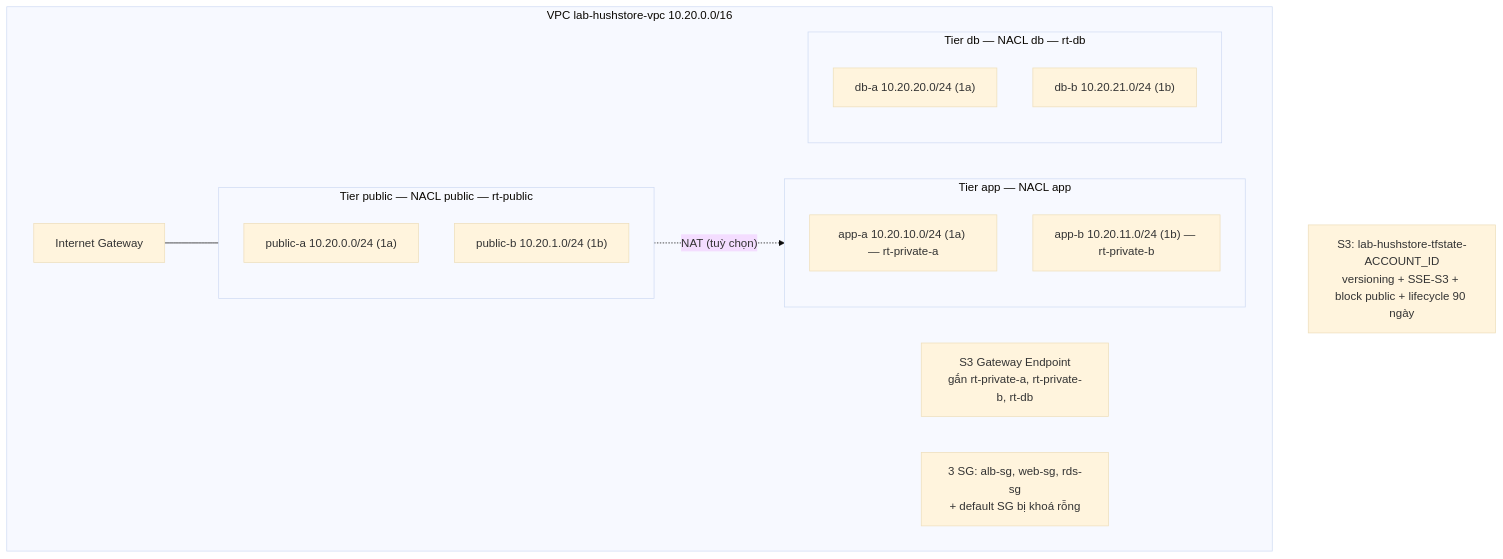
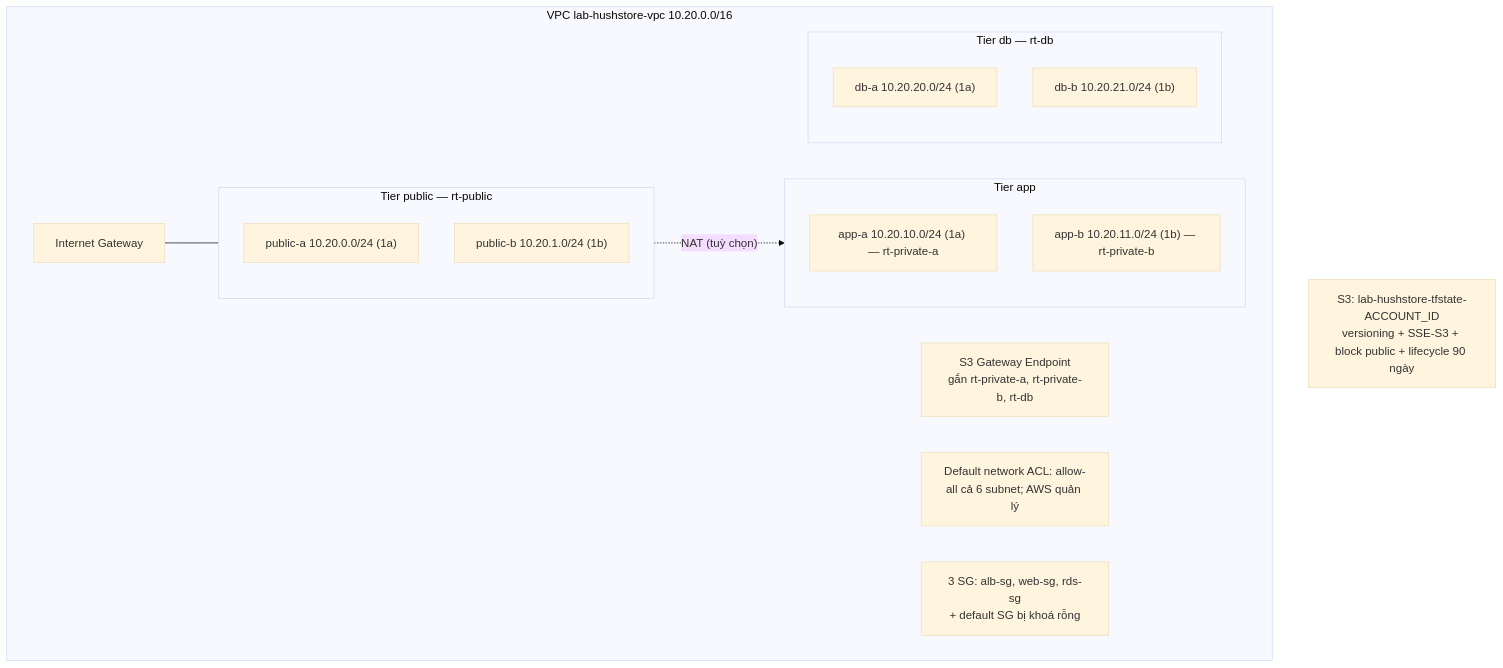
Before and after one commit to Elmira-Athena/PBL3: the first of 3 diagrams in docs/thuc-hanh-console-giai-doan-0-3.md, drawn with Mermaid (base theme). The commit also changed other lines of this file and 77 other files, not shown here.

````diff
--- a/docs/thuc-hanh-console-giai-doan-0-3.md
+++ b/docs/thuc-hanh-console-giai-doan-0-3.md
@@ -160,23 +168,24 @@
 ```mermaid
 flowchart TB
     S3["S3: lab-hushstore-tfstate-ACCOUNT_ID<br/>versioning + SSE-S3 + block public + lifecycle 90 ngày"]
     subgraph VPC["VPC lab-hushstore-vpc 10.20.0.0/16"]
         IGW["Internet Gateway"]
-        subgraph PUB["Tier public — NACL public — rt-public"]
+        subgraph PUB["Tier public — rt-public"]
             PA["public-a 10.20.0.0/24 (1a)"]
             PB["public-b 10.20.1.0/24 (1b)"]
         end
-        subgraph APP["Tier app — NACL app"]
+        subgraph APP["Tier app"]
             AA["app-a 10.20.10.0/24 (1a) — rt-private-a"]
             AB["app-b 10.20.11.0/24 (1b) — rt-private-b"]
         end
-        subgraph DB["Tier db — NACL db — rt-db"]
+        subgraph DB["Tier db — rt-db"]
             DA["db-a 10.20.20.0/24 (1a)"]
             DBB["db-b 10.20.21.0/24 (1b)"]
         end
         EP["S3 Gateway Endpoint<br/>gắn rt-private-a, rt-private-b, rt-db"]
+        ACL["Default network ACL: allow-all cả 6 subnet; AWS quản lý"]
         SG["3 SG: alb-sg, web-sg, rds-sg<br/>+ default SG bị khoá rỗng"]
     end
     IGW --- PUB
     PUB -. "NAT (tuỳ chọn)" .-> APP
 ```
````
